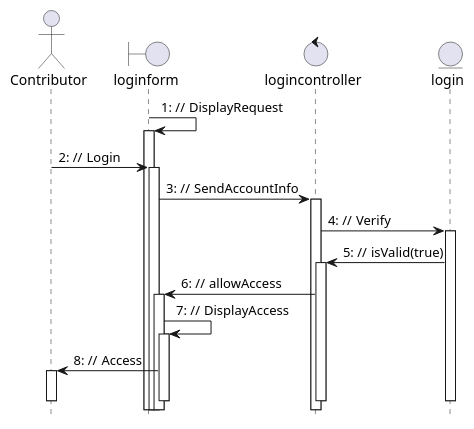
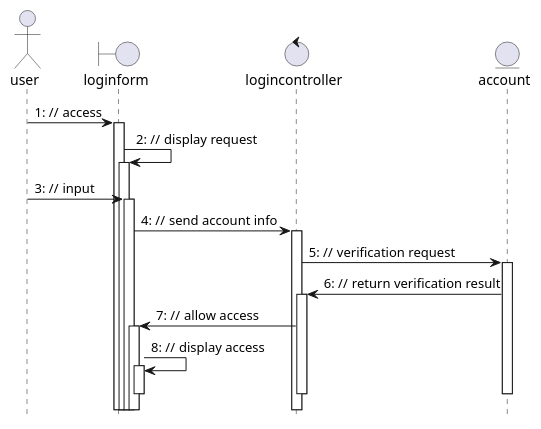
One commit to McSinyx/ipppi changed the fifth of 7 diagrams in source/solution/use-case-analysis.rst. Above: the diagram before and after it, drawn with PlantUML. The commit also changed other lines of this file, not shown here.

```diff
--- a/source/solution/use-case-analysis.rst
+++ b/source/solution/use-case-analysis.rst
@@ -134,23 +134,23 @@
 .. uml::
 
    autonumber "#: //"
    autoactivate on
    hide footbox
 
-   actor Contributor
+   actor user
    boundary loginform
    control logincontroller
-   entity login
-
-   loginform -> loginform : DisplayRequest
-   Contributor -> loginform : Login
-   loginform -> logincontroller : SendAccountInfo
-   logincontroller -> login : Verify
-   login -> logincontroller : isValid(true)
-   logincontroller -> loginform : allowAccess
-   loginform -> loginform : DisplayAccess
-   loginform -> Contributor : Access
-   deactivate login
+   entity account
+	
+   user -> loginform: access
+   loginform -> loginform : display request
+   user -> loginform : input
+   loginform -> logincontroller : send account info
+   logincontroller -> account :  verification request
+   account->logincontroller: return verification result
+   logincontroller -> loginform : allow access
+   loginform -> loginform : display access
+   deactivate account
    deactivate logincontroller
    deactivate loginform
-   deactivate Contributor
+   deactivate user
```
